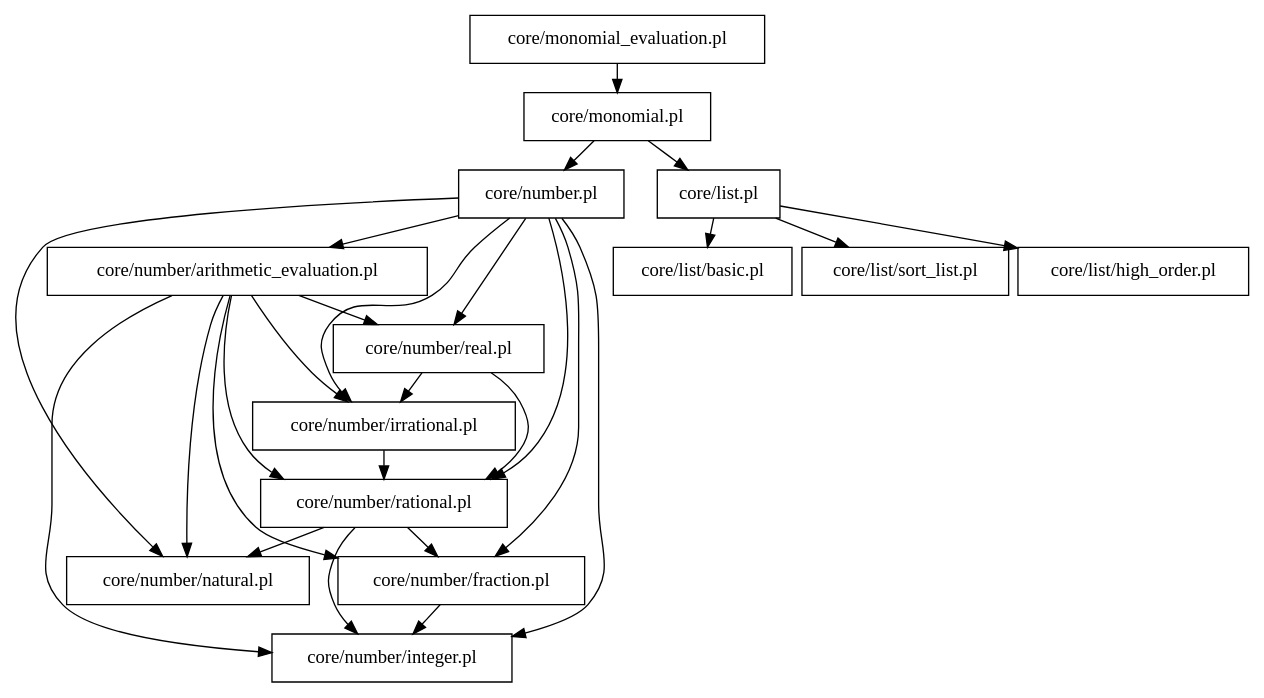
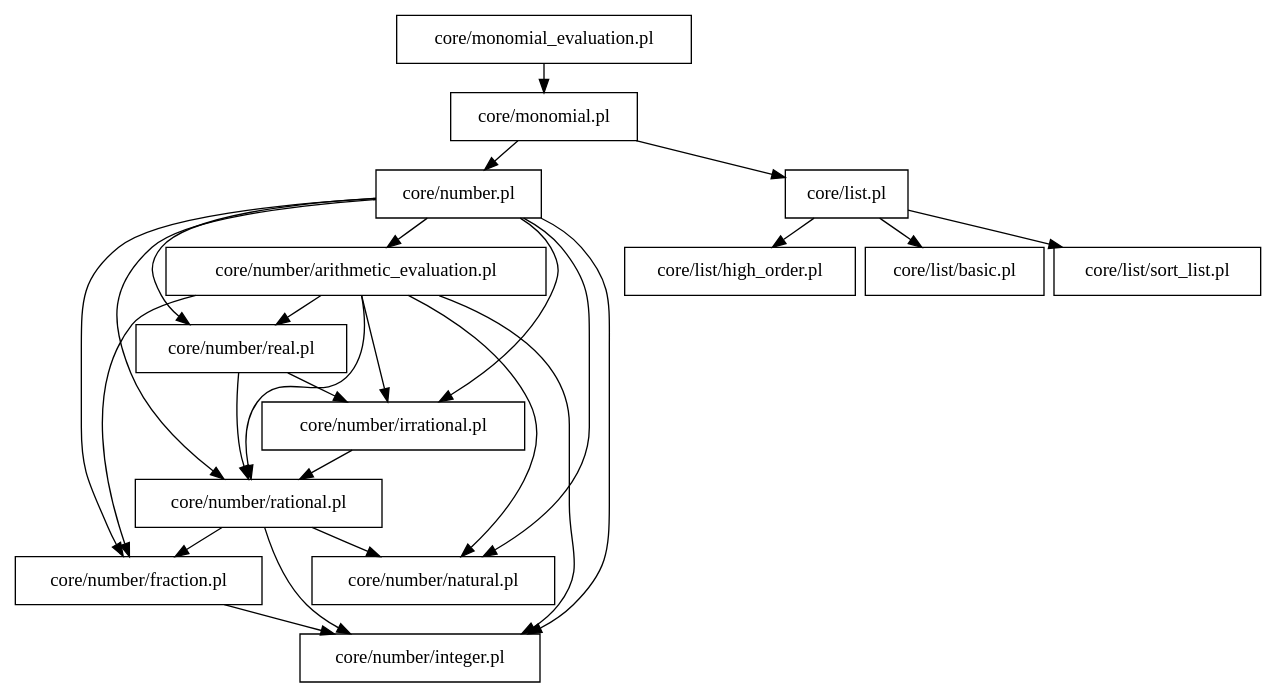
One commit to lluisalemanypuig/sycalc changed the diagram in docs/.cache/core/monomial_evaluation.dot. Above: the diagram before and after it, drawn with Graphviz. The commit also changed other lines of this file and 35 other files, not shown here.

```diff
--- a/docs/.cache/core/monomial_evaluation.dot
+++ b/docs/.cache/core/monomial_evaluation.dot
@@ -1,31 +1,31 @@
 digraph file_graph {
 node [shape=rectangle]
 nodesep = 0.1
 ranksep = 0.3
-"core/number/fraction.pl" -> "core/number/integer.pl"
 "core/monomial_evaluation.pl" -> "core/monomial.pl"
-"core/number/irrational.pl" -> "core/number/rational.pl"
 "core/monomial.pl" -> "core/number.pl"
 "core/monomial.pl" -> "core/list.pl"
-"core/number/arithmetic_evaluation.pl" -> "core/number/integer.pl"
-"core/number/arithmetic_evaluation.pl" -> "core/number/natural.pl"
-"core/number/arithmetic_evaluation.pl" -> "core/number/fraction.pl"
-"core/number/arithmetic_evaluation.pl" -> "core/number/irrational.pl"
-"core/number/arithmetic_evaluation.pl" -> "core/number/real.pl"
-"core/number/arithmetic_evaluation.pl" -> "core/number/rational.pl"
+"core/number.pl" -> "core/number/natural.pl"
+"core/number.pl" -> "core/number/rational.pl"
+"core/number.pl" -> "core/number/real.pl"
+"core/number.pl" -> "core/number/fraction.pl"
 "core/number.pl" -> "core/number/integer.pl"
-"core/number.pl" -> "core/number/natural.pl"
-"core/number.pl" -> "core/number/fraction.pl"
 "core/number.pl" -> "core/number/irrational.pl"
 "core/number.pl" -> "core/number/arithmetic_evaluation.pl"
-"core/number.pl" -> "core/number/real.pl"
-"core/number.pl" -> "core/number/rational.pl"
+"core/list.pl" -> "core/list/basic.pl"
 "core/list.pl" -> "core/list/sort_list.pl"
 "core/list.pl" -> "core/list/high_order.pl"
-"core/list.pl" -> "core/list/basic.pl"
-"core/number/real.pl" -> "core/number/irrational.pl"
-"core/number/real.pl" -> "core/number/rational.pl"
-"core/number/rational.pl" -> "core/number/integer.pl"
+"core/number/fraction.pl" -> "core/number/integer.pl"
 "core/number/rational.pl" -> "core/number/natural.pl"
 "core/number/rational.pl" -> "core/number/fraction.pl"
+"core/number/rational.pl" -> "core/number/integer.pl"
+"core/number/irrational.pl" -> "core/number/rational.pl"
+"core/number/real.pl" -> "core/number/rational.pl"
+"core/number/real.pl" -> "core/number/irrational.pl"
+"core/number/arithmetic_evaluation.pl" -> "core/number/natural.pl"
+"core/number/arithmetic_evaluation.pl" -> "core/number/rational.pl"
+"core/number/arithmetic_evaluation.pl" -> "core/number/real.pl"
+"core/number/arithmetic_evaluation.pl" -> "core/number/fraction.pl"
+"core/number/arithmetic_evaluation.pl" -> "core/number/integer.pl"
+"core/number/arithmetic_evaluation.pl" -> "core/number/irrational.pl"
 }
```
